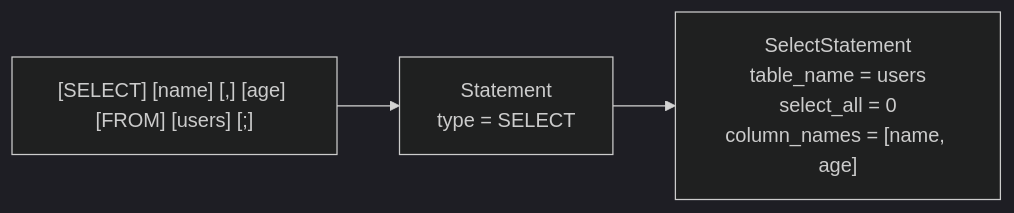
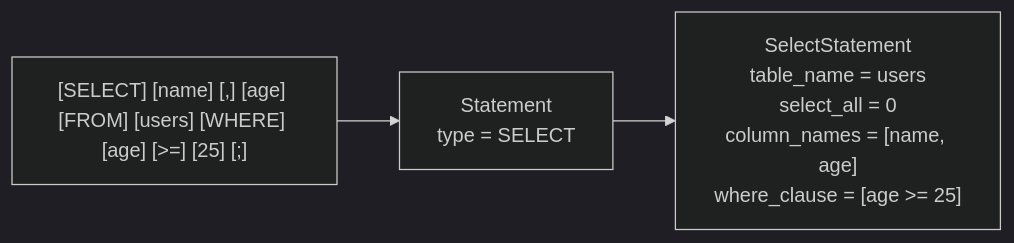
One commit to Jungle-12-303/week6-team5-sql changed the fourth of 13 diagrams in README.md. Above: the diagram before and after it, drawn with Mermaid (dark theme). The commit also changed other lines of this file and 9 other files, not shown here.

````diff
--- a/README.md
+++ b/README.md
@@ -59,5 +59,5 @@
 ```mermaid
 flowchart LR
-    A["[SELECT] [name] [,] [age] [FROM] [users] [;]"] --> B["Statement<br/>type = SELECT"]
-    B --> C["SelectStatement<br/>table_name = users<br/>select_all = 0<br/>column_names = [name, age]"]
+    A["[SELECT] [name] [,] [age] [FROM] [users] [WHERE] [age] [>=] [25] [;]"] --> B["Statement<br/>type = SELECT"]
+    B --> C["SelectStatement<br/>table_name = users<br/>select_all = 0<br/>column_names = [name, age]<br/>where_clause = [age >= 25]"]
 ```
````
